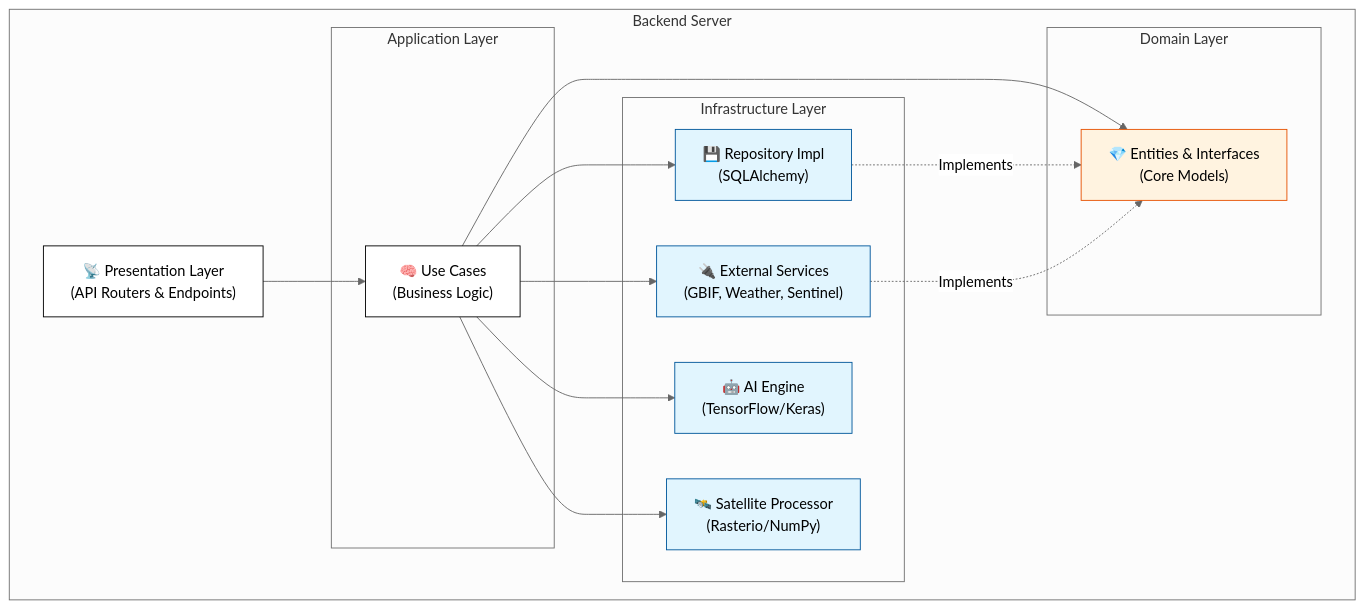
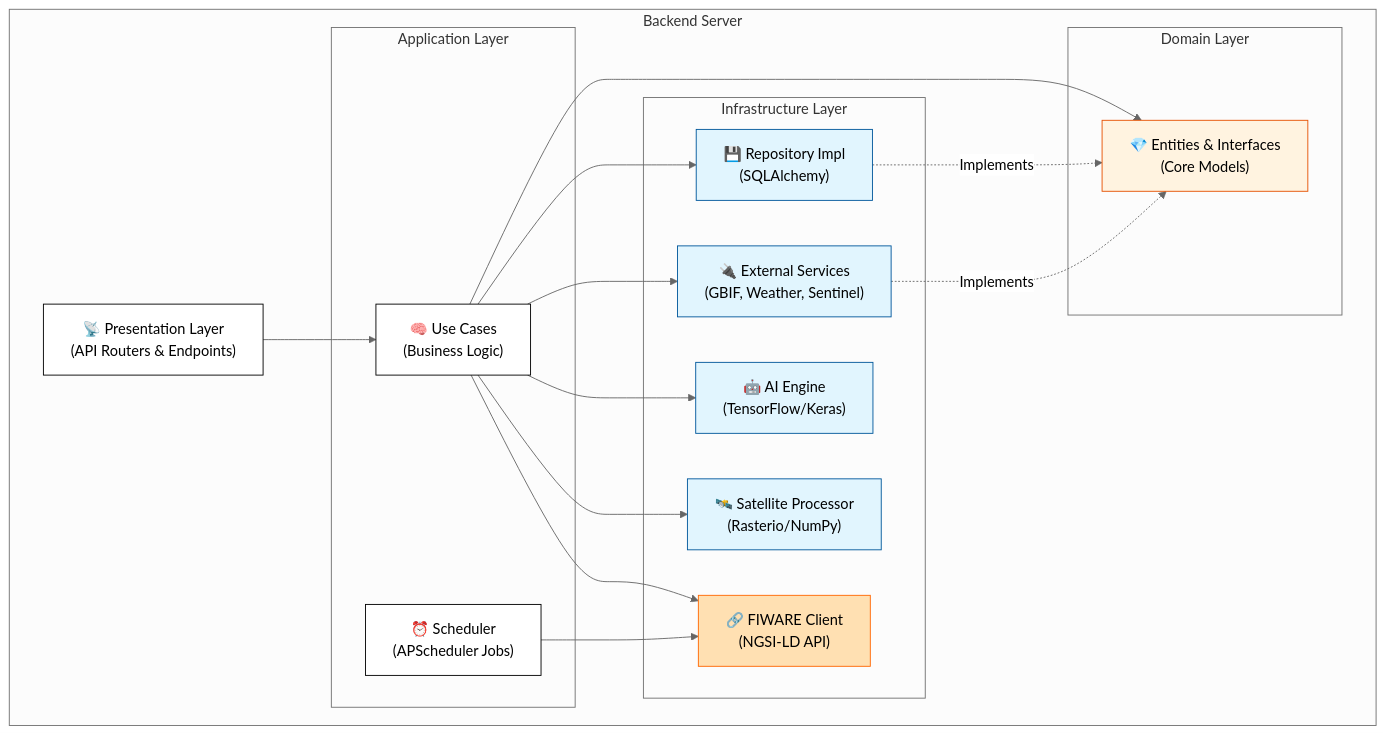
Before and after one commit to nguyentrananhhoang13122005/ICTU-OpenAgri-2: the third of 4 diagrams in README.md, drawn with Mermaid (neutral theme). The commit also changed other lines of this file, not shown here.

Commit message:
docs: update README with FIWARE integration and NGSI-LD

````diff
--- a/README.md
+++ b/README.md
@@ -347,37 +387,42 @@
 ```mermaid
 graph TD
     %% Styles
     classDef layer fill:#ffffff,stroke:#000000,color:black;
     classDef infra fill:#e1f5fe,stroke:#01579b,color:black;
     classDef domain fill:#fff3e0,stroke:#e65100,color:black;
+    classDef fiware fill:#ffe0b2,stroke:#ff6600,color:black;
 
     subgraph "Backend Server"
         API["📡 Presentation Layer<br>(API Routers & Endpoints)"]:::layer
 
         subgraph "Application Layer"
             UseCases["🧠 Use Cases<br>(Business Logic)"]:::layer
+            Scheduler["⏰ Scheduler<br>(APScheduler Jobs)"]:::layer
         end
 
         subgraph "Domain Layer"
             Entities["💎 Entities & Interfaces<br>(Core Models)"]:::domain
         end
 
         subgraph "Infrastructure Layer"
             RepoImpl["💾 Repository Impl<br>(SQLAlchemy)"]:::infra
             ExtServices["🔌 External Services<br>(GBIF, Weather, Sentinel)"]:::infra
             AIModule["🤖 AI Engine<br>(TensorFlow/Keras)"]:::infra
             SatModule["🛰️ Satellite Processor<br>(Rasterio/NumPy)"]:::infra
+            FiwareClient["🔗 FIWARE Client<br>(NGSI-LD API)"]:::fiware
         end
     end
 
     %% Data Flow
     API --> UseCases
     UseCases --> Entities
     UseCases --> RepoImpl
     UseCases --> ExtServices
     UseCases --> AIModule
     UseCases --> SatModule
+    UseCases --> FiwareClient
+    Scheduler --> FiwareClient
 
     RepoImpl -.->|Implements| Entities
     ExtServices -.->|Implements| Entities
 ```
````
